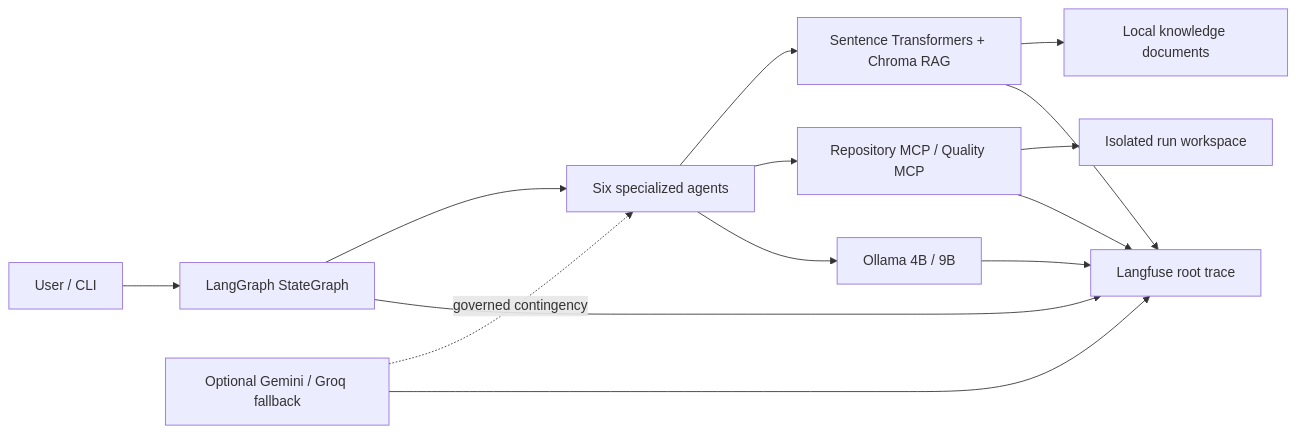
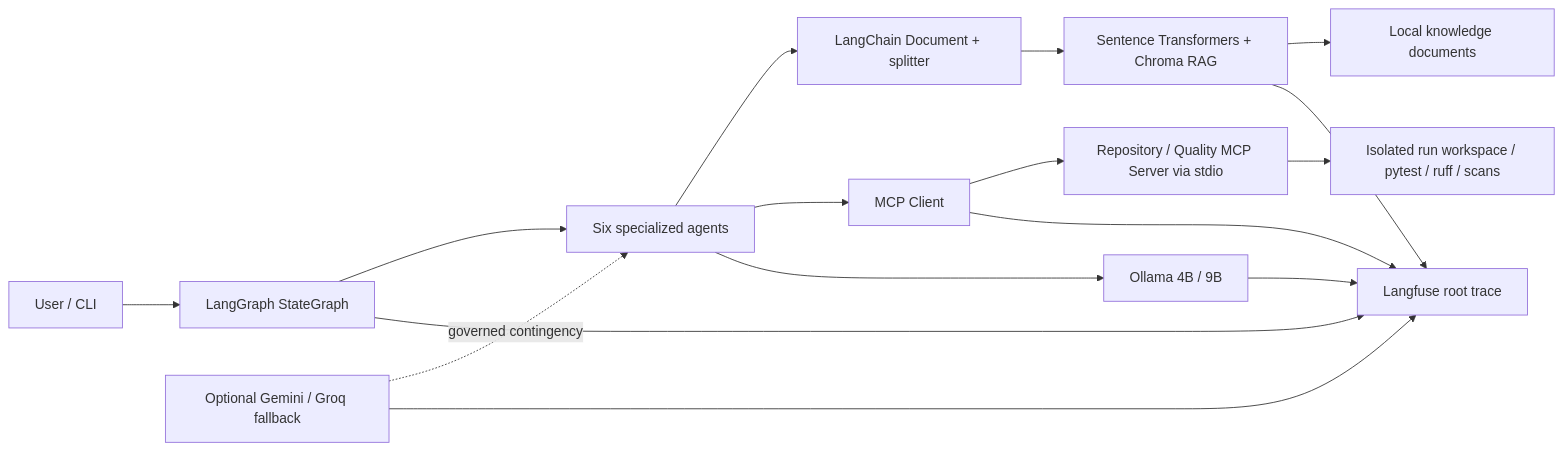
Before and after one commit to Jvillalobooos/MultiAgent-Software-Engineering-Team.: the diagram in docs/diagrams/architecture.md, drawn with Mermaid. The commit also changed 50 other files, not shown here.

````diff
--- a/docs/diagrams/architecture.md
+++ b/docs/diagrams/architecture.md
@@ -3,16 +3,18 @@
 ```mermaid
 flowchart LR
     U[User / CLI] --> G[LangGraph StateGraph]
     G --> A[Six specialized agents]
-    A --> R[Sentence Transformers + Chroma RAG]
-    A --> M[Repository MCP / Quality MCP]
+    A --> R[LangChain Document + splitter]
+    R --> E[Sentence Transformers + Chroma RAG]
+    A --> MC[MCP Client]
+    MC --> MS[Repository / Quality MCP Server via stdio]
     A --> O[Ollama 4B / 9B]
-    R --> K[Local knowledge documents]
-    M --> W[Isolated run workspace]
+    E --> K[Local knowledge documents]
+    MS --> W[Isolated run workspace / pytest / ruff / scans]
     G --> L[Langfuse root trace]
-    R --> L
-    M --> L
+    E --> L
+    MC --> L
     O --> L
     C[Optional Gemini / Groq fallback] -. governed contingency .-> A
     C --> L
 ```
````
